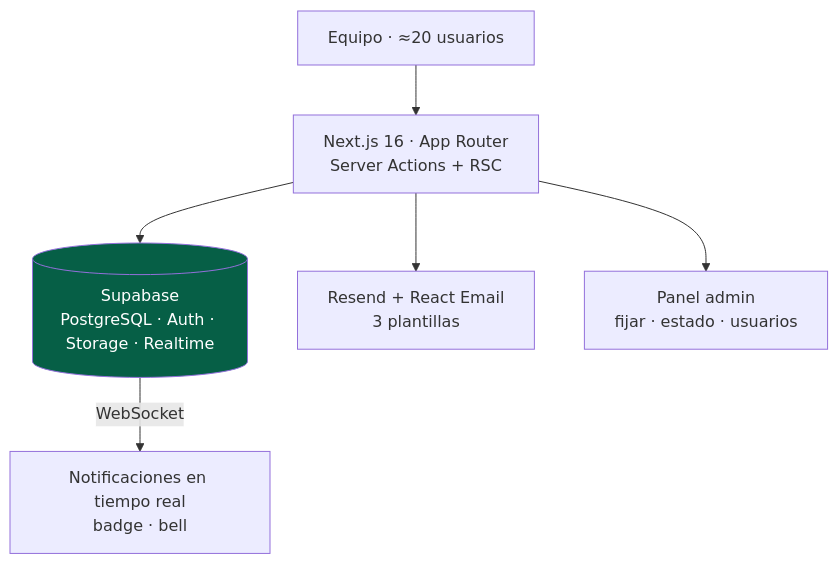
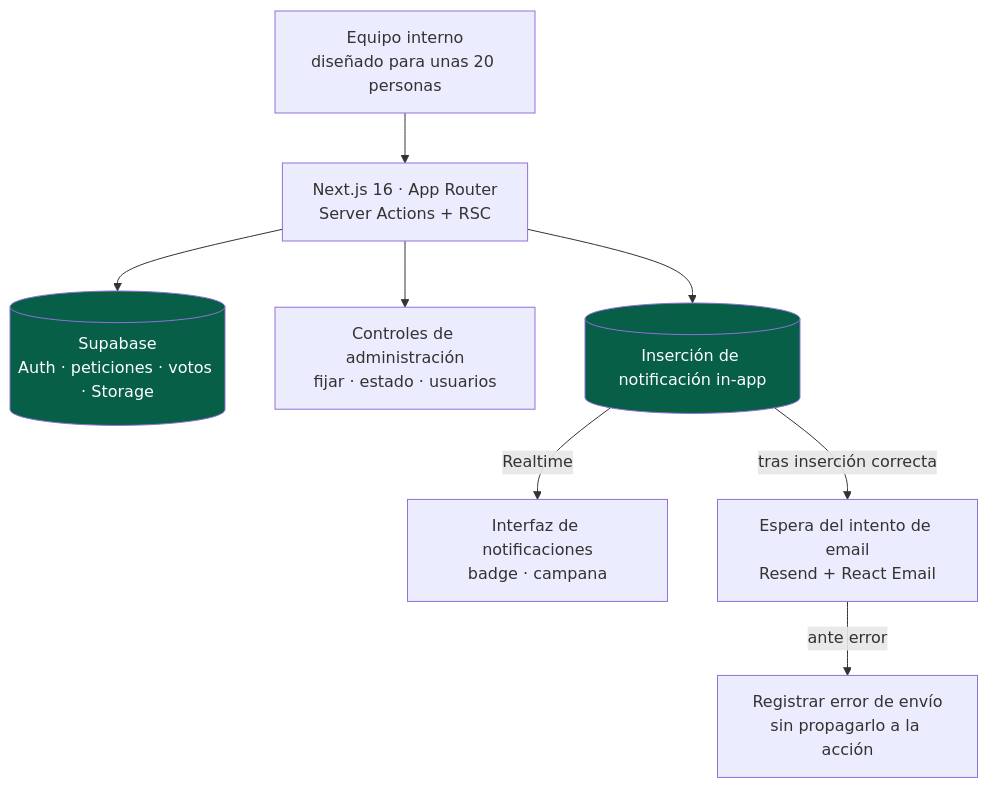
One commit to aleglope/production-systems-case-studies changed the diagram in projects/taskboard.es.md. Above: the diagram before and after it, drawn with Mermaid. The commit also changed other lines of this file and 25 other files, not shown here.

````diff
--- a/projects/taskboard.es.md
+++ b/projects/taskboard.es.md
@@ -19,10 +27,13 @@
 ```mermaid
 flowchart TB
-    USER["Equipo · ≈20 usuarios"] --> APP["Next.js 16 · App Router<br/>Server Actions + RSC"]
-    APP --> SUPA[("Supabase<br/>PostgreSQL · Auth · Storage · Realtime")]
-    SUPA -- "WebSocket" --> RT["Notificaciones en tiempo real<br/>badge · bell"]
-    APP --> RESEND["Resend + React Email<br/>3 plantillas"]
-    APP --> ADMIN["Panel admin<br/>fijar · estado · usuarios"]
+    USER["Equipo interno<br/>diseñado para unas 20 personas"] --> APP["Next.js 16 · App Router<br/>Server Actions + RSC"]
+    APP --> SUPA[("Supabase<br/>Auth · peticiones · votos · Storage")]
+    APP --> ADMIN["Controles de administración<br/>fijar · estado · usuarios"]
+    APP --> NOTIF[("Inserción de notificación in-app")]
+    NOTIF -- "Realtime" --> RT["Interfaz de notificaciones<br/>badge · campana"]
+    NOTIF -- "tras inserción correcta" --> EMAIL["Espera del intento de email<br/>Resend + React Email"]
+    EMAIL -- "ante error" --> LOG["Registrar error de envío<br/>sin propagarlo a la acción"]
 
     style SUPA fill:#065f46,color:#fff
+    style NOTIF fill:#065f46,color:#fff
 ```
````
